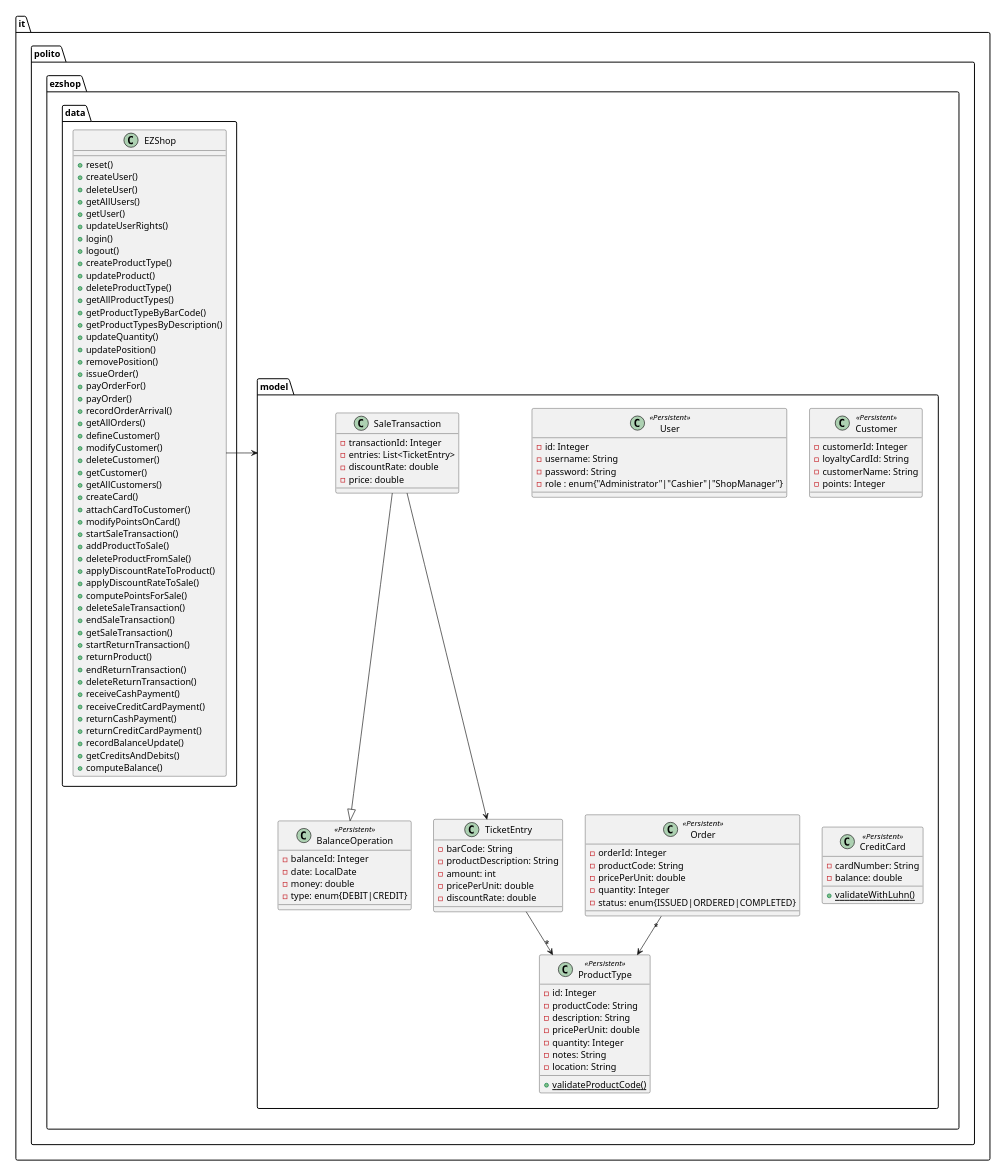
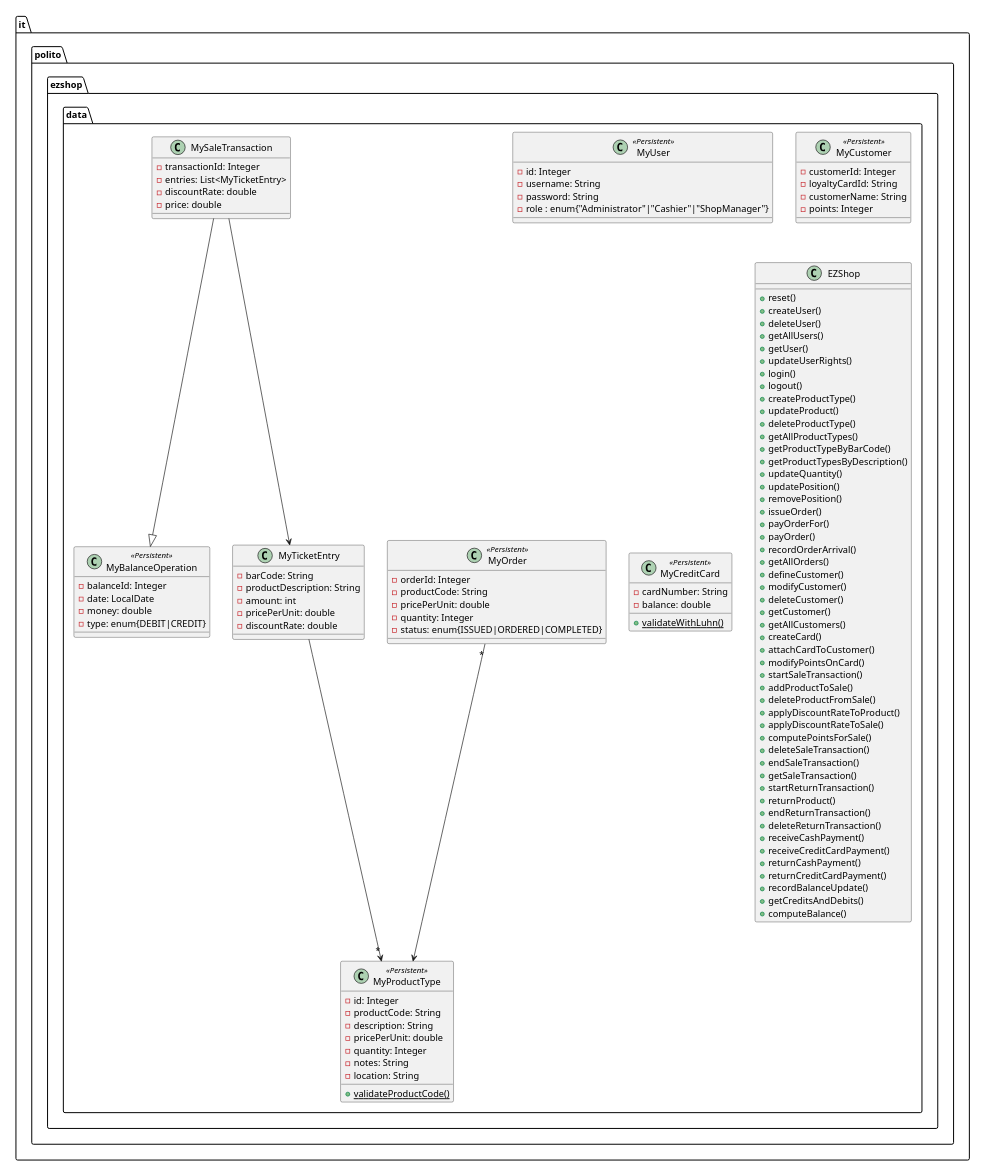
One commit to mkexc/ezshop changed the second of 22 diagrams in Deliverables/DesignDocument.md. Above: the diagram before and after it, drawn with PlantUML. The commit also changed other lines of this file and 160 other files, not shown here.

````diff
--- a/Deliverables/DesignDocument.md
+++ b/Deliverables/DesignDocument.md
@@ -80,16 +75,16 @@
 scale 1024 width 
 scale 768 height
 
-package it.polito.ezshop.model{
+package it.polito.ezshop.data{
 
-    class User <<Persistent>> {
+    class MyUser <<Persistent>> {
         - id: Integer
         - username: String
         - password: String
         - role : enum{"Administrator"|"Cashier"|"ShopManager"}
     }
 
-    class ProductType <<Persistent>> {
+    class MyProductType <<Persistent>> {
         - id: Integer
         - productCode: String
         - description: String
@@ -101,7 +96,7 @@
         + {static} validateProductCode()
     }
 
-    class Order <<Persistent>> {
+    class MyOrder <<Persistent>> {
         - orderId: Integer
         - productCode: String
         - pricePerUnit: double
@@ -109,44 +104,43 @@
         - status: enum{ISSUED|ORDERED|COMPLETED}
     }
 
-    class Customer <<Persistent>> {
+    class MyCustomer <<Persistent>> {
         - customerId: Integer
         - loyaltyCardId: String
         - customerName: String
         - points: Integer
     }
 
-    class BalanceOperation <<Persistent>> {
+    class MyBalanceOperation <<Persistent>> {
         - balanceId: Integer
         - date: LocalDate
         - money: double
         - type: enum{DEBIT|CREDIT} 
     }
 
-    class SaleTransaction {
+    class MySaleTransaction {
         - transactionId: Integer
-        - entries: List<TicketEntry>
+        - entries: List<MyTicketEntry>
         - discountRate: double
         - price: double
     }
 
-    class CreditCard <<Persistent>> {
+    class MyCreditCard <<Persistent>> {
         - cardNumber: String
         - balance: double
         
         + {static} validateWithLuhn()
     }
 
-    class TicketEntry {
+    class MyTicketEntry {
         - barCode: String
         - productDescription: String
         - amount: int
         - pricePerUnit: double
         - discountRate: double
     }
-}
 
-package it.polito.ezshop.data{
+
     class EZShop{
         + reset()
         + createUser()
@@ -201,11 +195,10 @@
     }
 }
 
-SaleTransaction --> TicketEntry
-TicketEntry --> "*" ProductType
-Order "*" --> ProductType
-SaleTransaction --|> BalanceOperation
-EZShop -right-> it.polito.ezshop.model
+MySaleTransaction --> MyTicketEntry
+MyTicketEntry --> "*" MyProductType
+MyOrder "*" --> MyProductType
+MySaleTransaction --|> MyBalanceOperation
 
 @enduml
 ```
````
